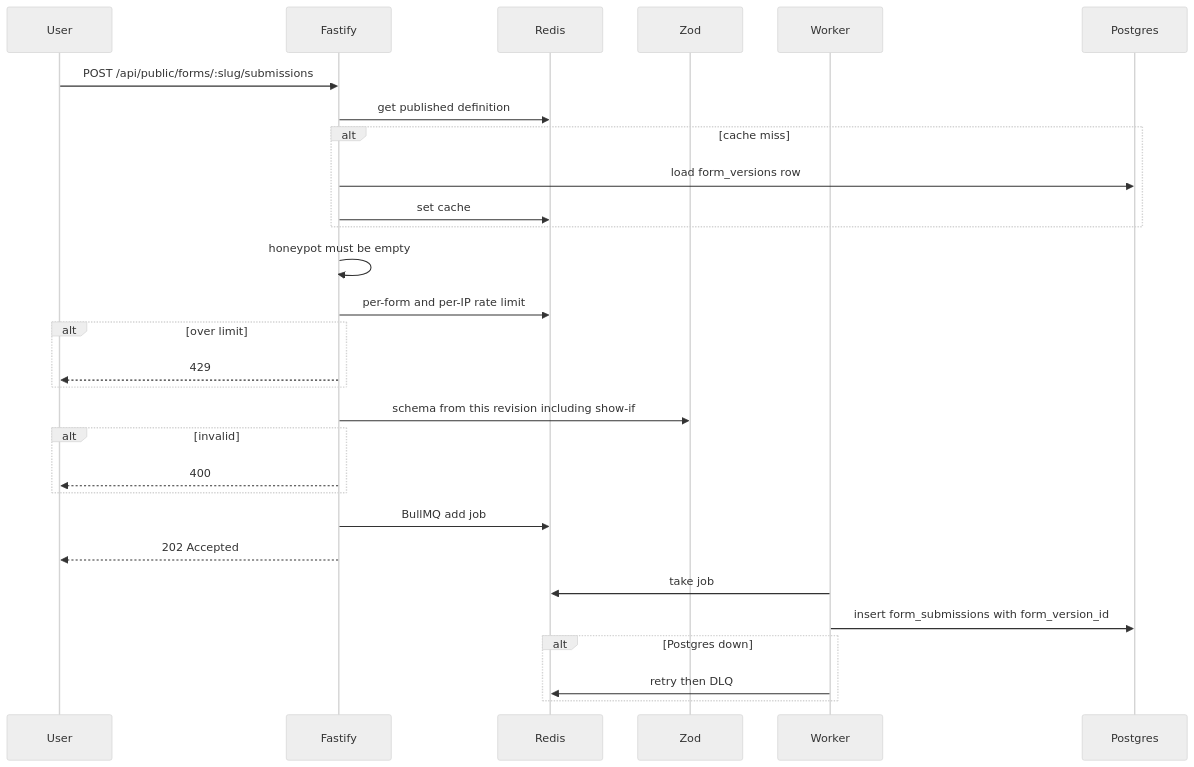
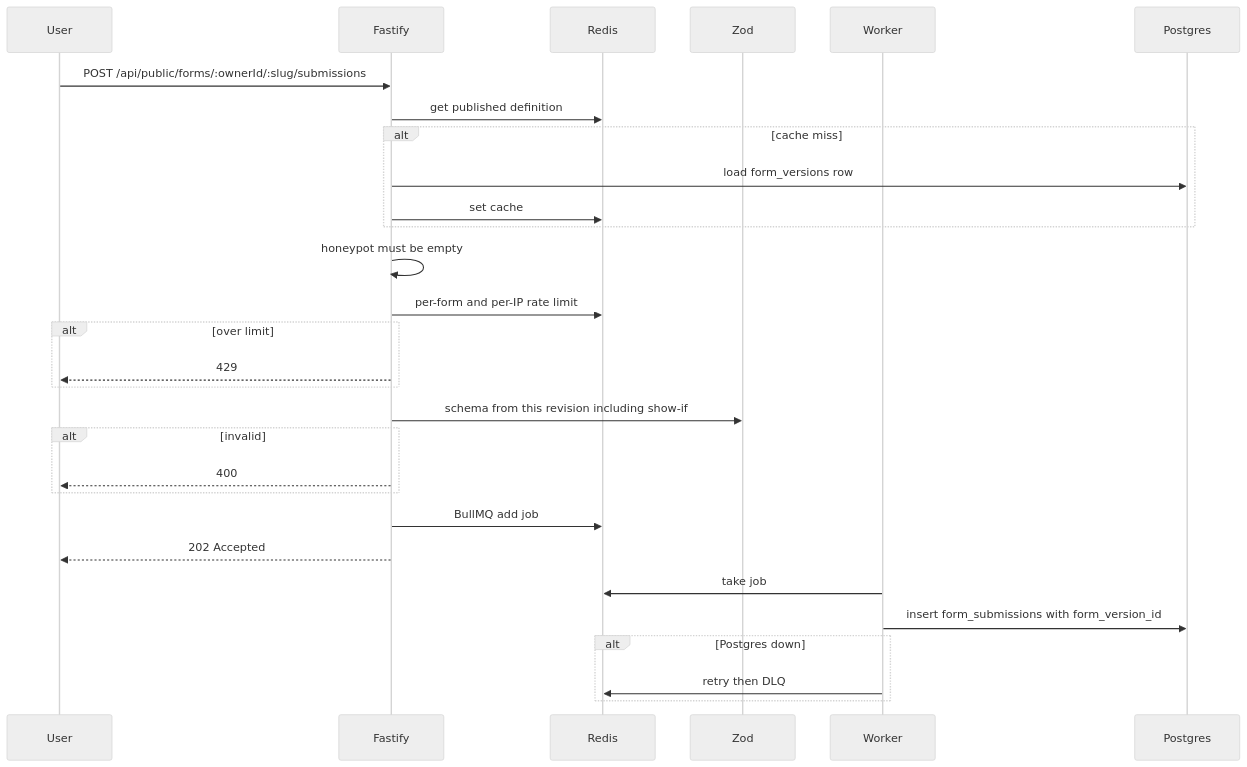
The second of 2 diagrams in ARCHITECTURE.md (arunparakkal/webform-builder), drawn with Mermaid (neutral theme) before and after one commit. The commit also changed other lines of this file and 32 other files, not shown here.

First line of the commit message:
Make form slugs unique per owner and harden public delivery.

````diff
--- a/ARCHITECTURE.md
+++ b/ARCHITECTURE.md
@@ -119,32 +119,32 @@
 ```mermaid
 sequenceDiagram
   participant User
   participant Fastify
   participant Redis
   participant Zod
   participant Worker
   participant Postgres
 
-  User->>Fastify: POST /api/public/forms/:slug/submissions
+  User->>Fastify: POST /api/public/forms/:ownerId/:slug/submissions
   Fastify->>Redis: get published definition
   alt cache miss
     Fastify->>Postgres: load form_versions row
     Fastify->>Redis: set cache
   end
   Fastify->>Fastify: honeypot must be empty
   Fastify->>Redis: per-form and per-IP rate limit
   alt over limit
     Fastify-->>User: 429
   end
   Fastify->>Zod: schema from this revision including show-if
   alt invalid
     Fastify-->>User: 400
   end
   Fastify->>Redis: BullMQ add job
   Fastify-->>User: 202 Accepted
   Worker->>Redis: take job
   Worker->>Postgres: insert form_submissions with form_version_id
   alt Postgres down
     Worker->>Redis: retry then DLQ
   end
 ```
````
